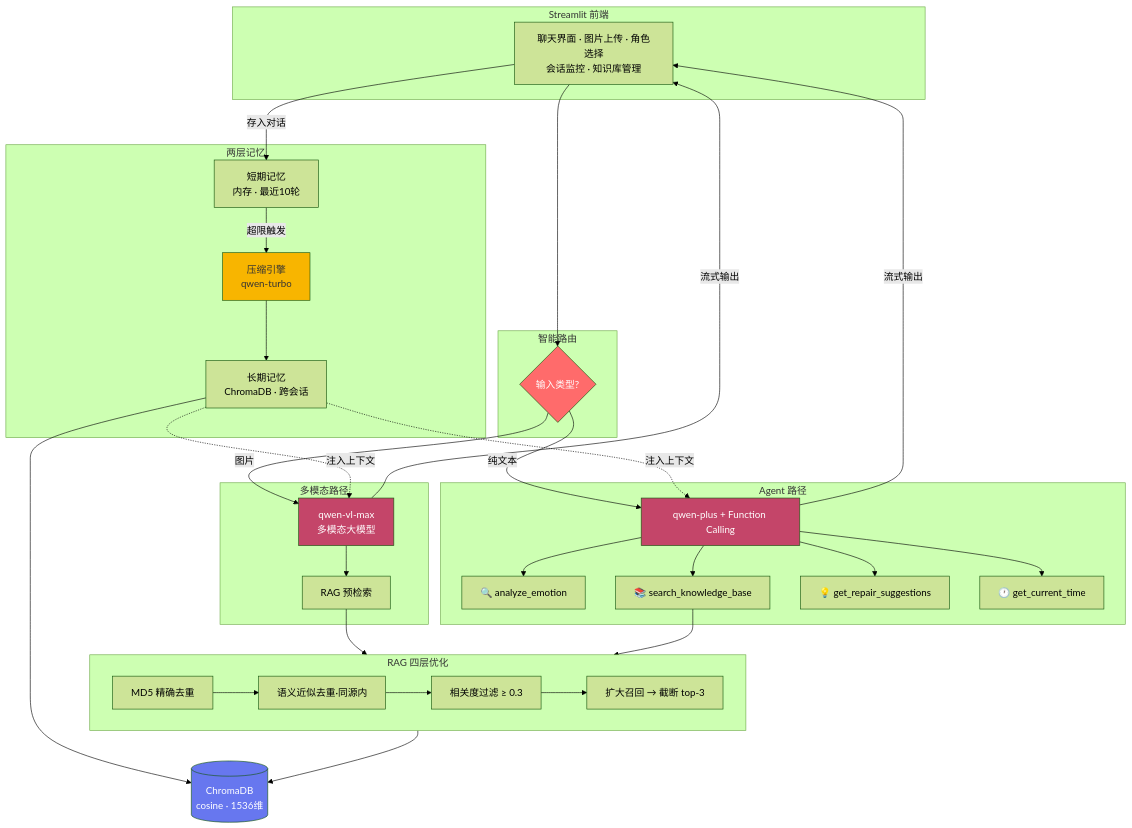
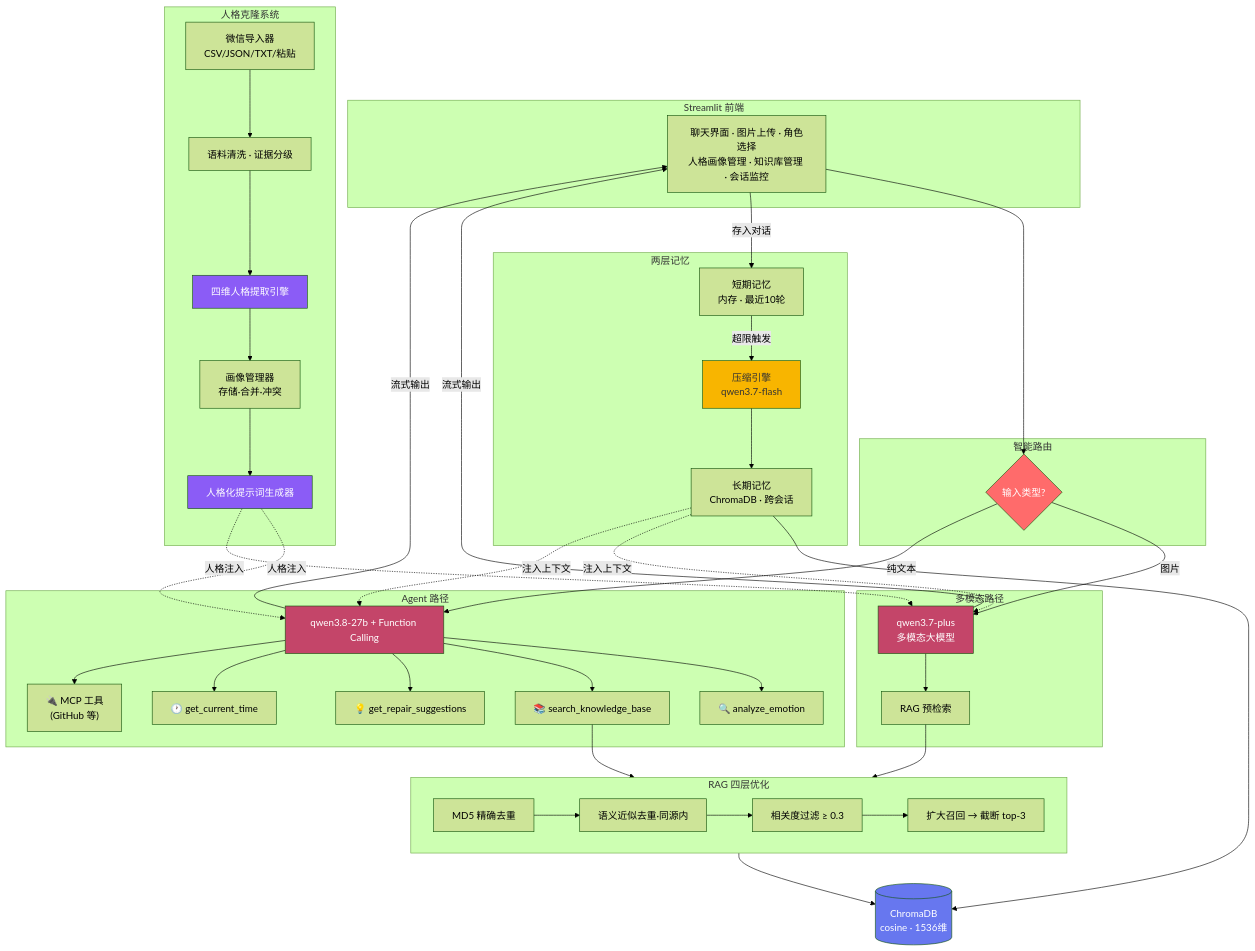
One commit to FFFFF-feng/LoveMender changed the diagram in README.md. Above: the diagram before and after it, drawn with Mermaid (forest theme). The commit also changed other lines of this file and 13 other files, not shown here.

````diff
--- a/README.md
+++ b/README.md
@@ -38,60 +78,74 @@
 ```mermaid
 graph TB
     subgraph UI["Streamlit 前端"]
-        UIC["聊天界面 · 图片上传 · 角色选择<br/>会话监控 · 知识库管理"]
+        UIC["聊天界面 · 图片上传 · 角色选择<br/>人格画像管理 · 知识库管理 · 会话监控"]
+    end
+
+    subgraph Persona["人格克隆系统"]
+        P1["微信导入器<br/>CSV/JSON/TXT/粘贴"]
+        P2["语料清洗 · 证据分级"]
+        P3["四维人格提取引擎"]
+        P4["画像管理器<br/>存储·合并·冲突"]
+        P5["人格化提示词生成器"]
+        P1 --> P2 --> P3 --> P4 --> P5
     end
 
     subgraph Route["智能路由"]
         R{"输入类型?"}
     end
 
     subgraph ImgPath["多模态路径"]
-        VLM["qwen-vl-max<br/>多模态大模型"]
+        VLM["qwen3.7-plus<br/>多模态大模型"]
         RR["RAG 预检索"]
     end
 
     subgraph AgentPath["Agent 路径"]
-        AG["qwen-plus + Function Calling"]
+        AG["qwen3.8-27b + Function Calling"]
         T1["🔍 analyze_emotion"]
         T2["📚 search_knowledge_base"]
         T3["💡 get_repair_suggestions"]
         T4["🕐 get_current_time"]
+        TM["🔌 MCP 工具<br/>(GitHub 等)"]
     end
 
     subgraph RAG["RAG 四层优化"]
         L1["MD5 精确去重"]
         L2["语义近似去重·同源内"]
         L3["相关度过滤 ≥ 0.3"]
         L4["扩大召回 → 截断 top-3"]
         L1 --> L2 --> L3 --> L4
     end
 
     subgraph Mem["两层记忆"]
         STM["短期记忆<br/>内存 · 最近10轮"]
-        CMP["压缩引擎<br/>qwen-turbo"]
+        CMP["压缩引擎<br/>qwen3.7-flash"]
         LTM["长期记忆<br/>ChromaDB · 跨会话"]
         STM -->|"超限触发"| CMP --> LTM
     end
 
     DB[("ChromaDB<br/>cosine · 1536维")]
 
     UIC --> R
+    P5 -.->|"人格注入"| AG
+    P5 -.->|"人格注入"| VLM
     R -->|"图片"| VLM
     R -->|"纯文本"| AG
     VLM --> RR --> RAG
-    AG --> T1 & T2 & T3 & T4
+    AG --> T1 & T2 & T3 & T4 & TM
     T2 --> RAG
     RAG --> DB
     LTM --> DB
     LTM -.->|"注入上下文"| VLM
     LTM -.->|"注入上下文"| AG
     VLM -->|"流式输出"| UIC
     AG -->|"流式输出"| UIC
     UIC -->|"存入对话"| STM
 
     style R fill:#ff6b6b,color:#fff
     style VLM fill:#c44569,color:#fff
     style AG fill:#c44569,color:#fff
     style CMP fill:#f8b500,color:#333
     style DB fill:#6777ef,color:#fff
+    style P3 fill:#8b5cf6,color:#fff
+    style P5 fill:#8b5cf6,color:#fff
 ```
````
